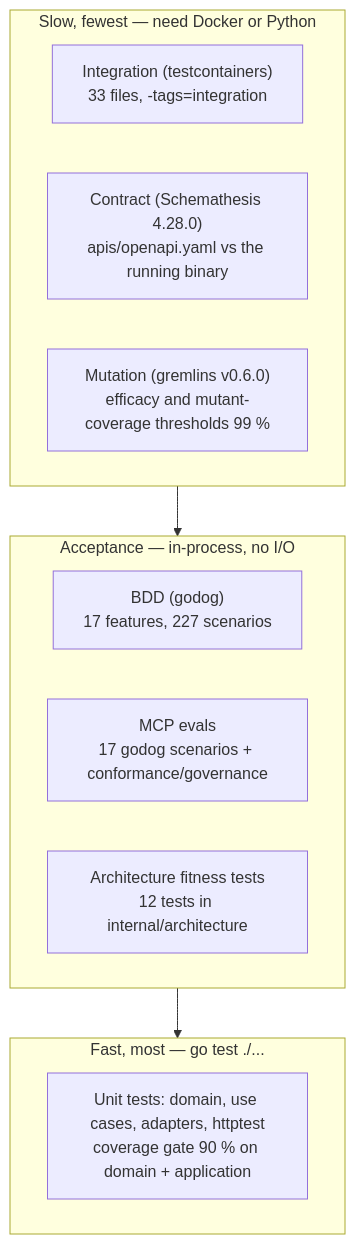
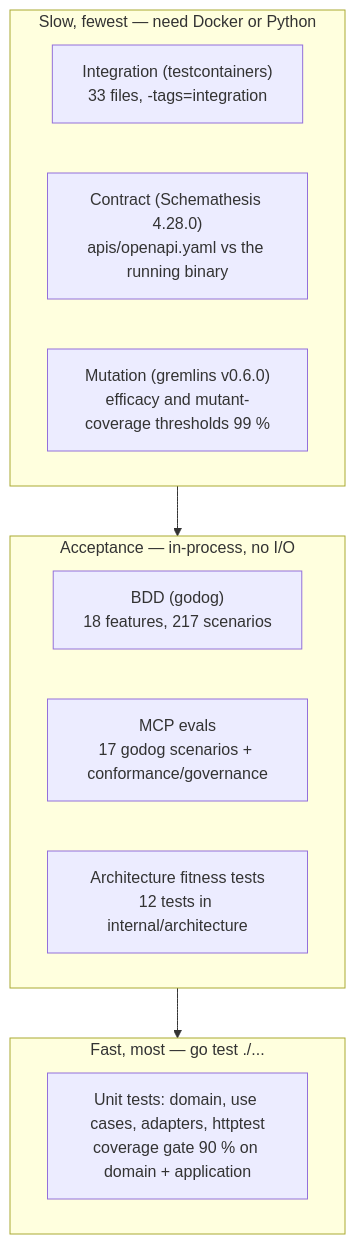
Before and after one commit to IQVO/wes-work-planning: the diagram in docs/docs/development/testing.md, drawn with Mermaid. The commit also changed other lines of this file, not shown here.

First line of the commit message:
docs(testing): refresh BDD counts after ADR-0049 stage E and the documentation-derived wave

````diff
--- a/docs/docs/development/testing.md
+++ b/docs/docs/development/testing.md
@@ -13,17 +13,17 @@
 ```mermaid
 flowchart TB
     subgraph slow["Slow, fewest — need Docker or Python"]
         INT["Integration (testcontainers)<br/>33 files, -tags=integration"]
         CON["Contract (Schemathesis 4.28.0)<br/>apis/openapi.yaml vs the running binary"]
         MUT["Mutation (gremlins v0.6.0)<br/>efficacy and mutant-coverage thresholds 99 %"]
     end
     subgraph mid["Acceptance — in-process, no I/O"]
-        BDD["BDD (godog)<br/>17 features, 227 scenarios"]
+        BDD["BDD (godog)<br/>18 features, 217 scenarios"]
         EVAL["MCP evals<br/>17 godog scenarios + conformance/governance"]
         ARCH["Architecture fitness tests<br/>12 tests in internal/architecture"]
     end
     subgraph fast["Fast, most — go test ./..."]
         UNIT["Unit tests: domain, use cases, adapters, httptest<br/>coverage gate 90 % on domain + application"]
     end
     slow --> mid --> fast
 ```
````
